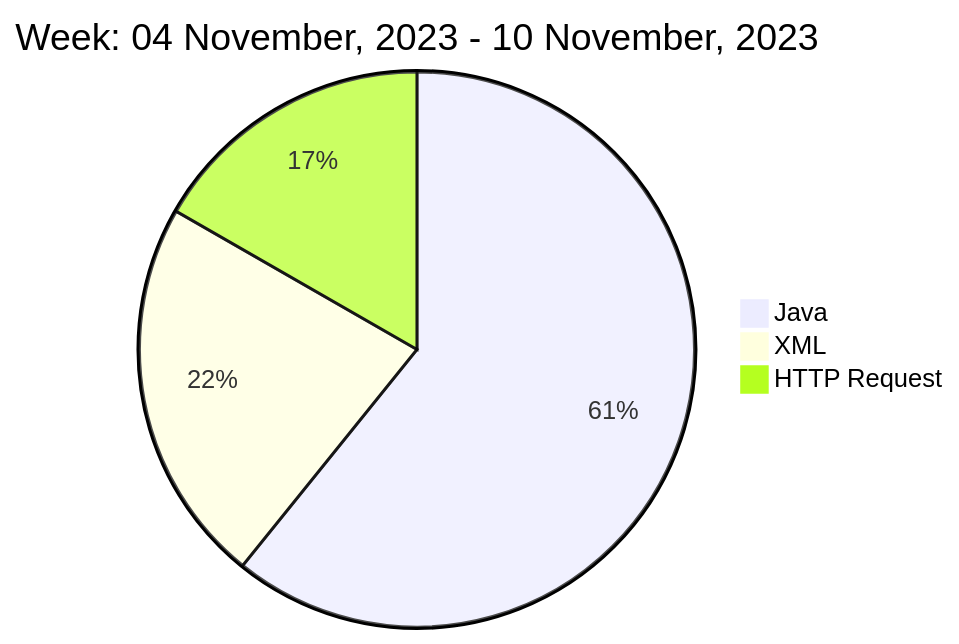
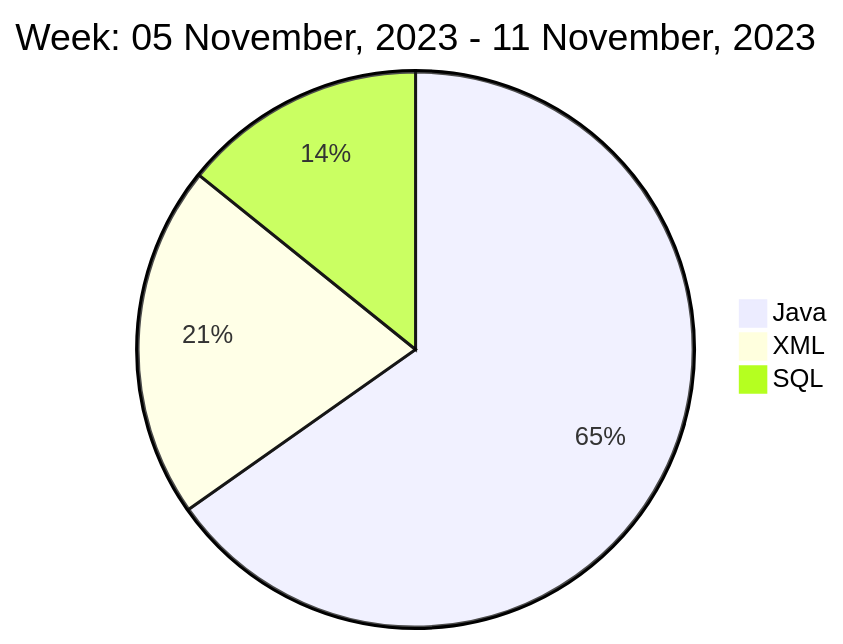
One commit to liubin95/liubin95 changed the diagram in README.md. Above: the diagram before and after it, drawn with Mermaid.

Commit message:
Updated the Graph with new Metrics

````diff
--- a/README.md
+++ b/README.md
@@ -40,7 +40,7 @@
 ```mermaid
  pie
-title Week: 04 November, 2023 - 10 November, 2023
- "Java" : 7.57
- "XML" : 2.8
- "HTTP Request" : 2.08
+title Week: 05 November, 2023 - 11 November, 2023
+ "Java" : 8.63
+ "XML" : 2.72
+ "SQL" : 1.88
 ```
````
